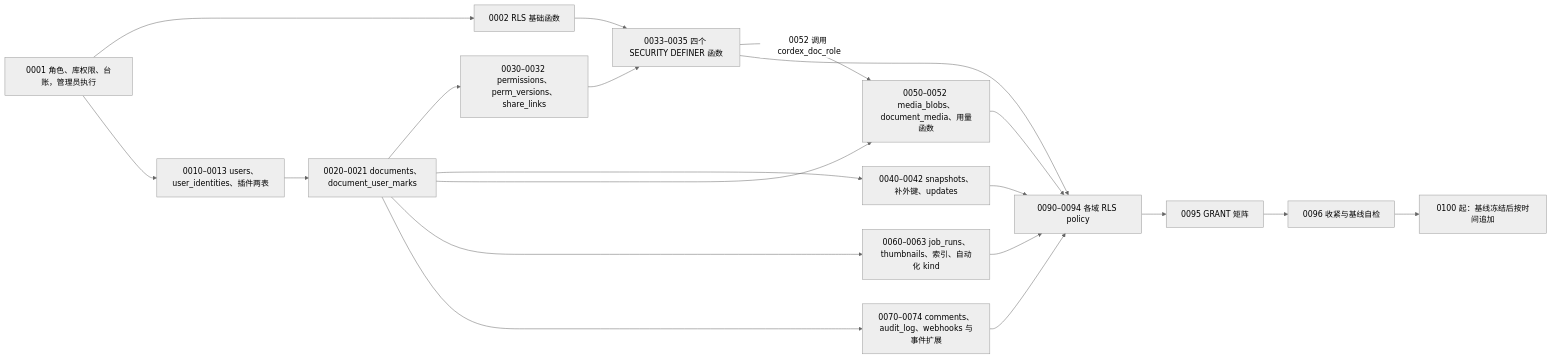
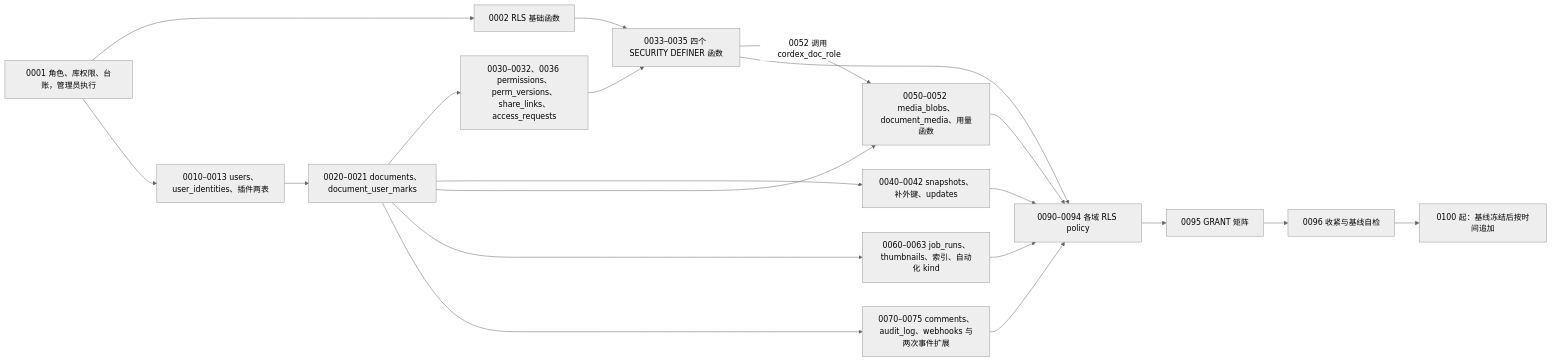
One commit to Xeonice/cordis-ppt-editor changed the sixth of 7 diagrams in docs/60-backend/08-db-conventions-roles-rls-migrations.md. Above: the diagram before and after it, drawn with Mermaid (neutral theme). The commit also changed other lines of this file and 19 other files, not shown here.

````diff
--- a/docs/60-backend/08-db-conventions-roles-rls-migrations.md
+++ b/docs/60-backend/08-db-conventions-roles-rls-migrations.md
@@ -523,22 +533,22 @@
 ```mermaid
 flowchart LR
   m0001["0001 角色、库权限、台账，管理员执行"] --> m0002["0002 RLS 基础函数"]
   m0001 --> m0010["0010–0013 users、user_identities、插件两表"]
   m0010 --> m0020["0020–0021 documents、document_user_marks"]
-  m0020 --> m0030["0030–0032 permissions、perm_versions、share_links"]
+  m0020 --> m0030["0030–0032、0036 permissions、perm_versions、share_links、access_requests"]
   m0030 --> m0033["0033–0035 四个 SECURITY DEFINER 函数"]
   m0002 --> m0033
   m0020 --> m0040["0040–0042 snapshots、补外键、updates"]
   m0020 --> m0050["0050–0052 media_blobs、document_media、用量函数"]
   m0033 -- "0052 调用 cordex_doc_role" --> m0050
   m0020 --> m0060["0060–0063 job_runs、thumbnails、索引、自动化 kind"]
-  m0020 --> m0070["0070–0074 comments、audit_log、webhooks 与事件扩展"]
+  m0020 --> m0070["0070–0075 comments、audit_log、webhooks 与两次事件扩展"]
   m0033 --> rls["0090–0094 各域 RLS policy"]
   m0040 --> rls
   m0050 --> rls
   m0060 --> rls
   m0070 --> rls
   rls --> m0095["0095 GRANT 矩阵"]
   m0095 --> m0096["0096 收紧与基线自检"]
   m0096 --> later["0100 起：基线冻结后按时间追加"]
 ```
````
